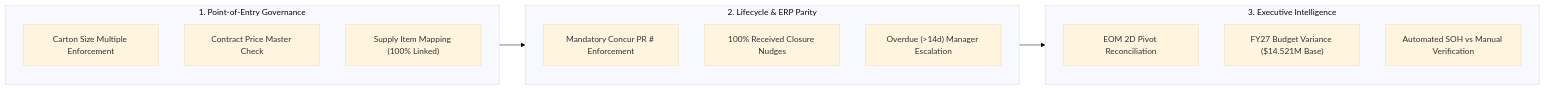
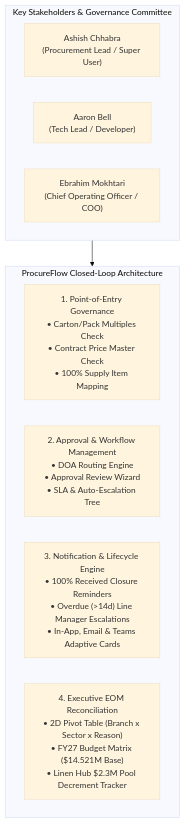
Before and after one commit to SPLGit-Project/ProcureFlow-App: the first of 2 diagrams in docs/DEVELOPMENT_ACTION_PLAN_AUG2026.md, drawn with Mermaid (base theme). The commit also changed other lines of this file, not shown here.

Commit message:
docs: finalize v3.0 action plan with clarified stakeholders, approval workflows, DOA & notifications

````diff
--- a/docs/DEVELOPMENT_ACTION_PLAN_AUG2026.md
+++ b/docs/DEVELOPMENT_ACTION_PLAN_AUG2026.md
@@ -17,22 +19,17 @@
 ```mermaid
-flowchart LR
-    subgraph InputControl ["1. Point-of-Entry Governance"]
-        A["Carton Size Multiple Enforcement"]
-        B["Contract Price Master Check"]
-        C["Supply Item Mapping (100% Linked)"]
+flowchart TD
+    subgraph CoreTrio ["Key Stakeholders & Governance Committee"]
+        S1["Ashish Chhabra<br/>(Procurement Lead / Super User)"]
+        S2["Aaron Bell<br/>(Tech Lead / Developer)"]
+        S3["Ebrahim Mokhtari<br/>(Chief Operating Officer / COO)"]
     end
 
-    subgraph OperationsControl ["2. Lifecycle & ERP Parity"]
-        D["Mandatory Concur PR # Enforcement"]
-        E["100% Received Closure Nudges"]
-        F["Overdue (>14d) Manager Escalation"]
+    subgraph Architecture ["ProcureFlow Closed-Loop Architecture"]
+        A["1. Point-of-Entry Governance<br/>• Carton/Pack Multiples Check<br/>• Contract Price Master Check<br/>• 100% Supply Item Mapping"]
+        B["2. Approval & Workflow Management<br/>• DOA Routing Engine<br/>• Approval Review Wizard<br/>• SLA & Auto-Escalation Tree"]
+        C["3. Notification & Lifecycle Engine<br/>• 100% Received Closure Reminders<br/>• Overdue (>14d) Line Manager Escalations<br/>• In-App, Email & Teams Adaptive Cards"]
+        D["4. Executive EOM Reconciliation<br/>• 2D Pivot Table (Branch x Sector x Reason)<br/>• FY27 Budget Matrix ($14.521M Base)<br/>• Linen Hub $2.3M Pool Decrement Tracker"]
     end
 
-    subgraph ExecutiveControl ["3. Executive Intelligence"]
-        G["EOM 2D Pivot Reconciliation"]
-        H["FY27 Budget Variance ($14.521M Base)"]
-        I["Automated SOH vs Manual Verification"]
-    end
-
-    InputControl --> OperationsControl --> ExecutiveControl
+    CoreTrio --> Architecture
 ```
````
